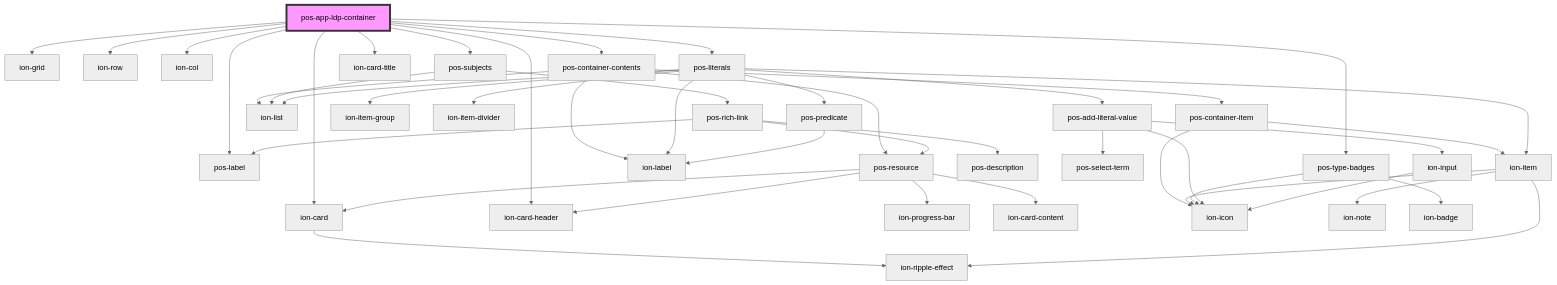
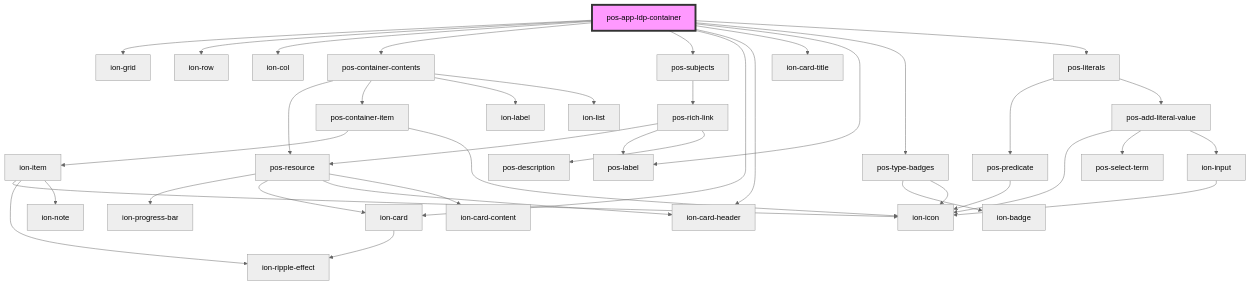
The diagram in docs/elements/apps/pos-app-ldp-container/readme.md (pod-os/PodOS), drawn with Mermaid (neutral theme) before and after one commit. The commit also changed 9 other files, not shown here.

````diff
--- a/docs/elements/apps/pos-app-ldp-container/readme.md
+++ b/docs/elements/apps/pos-app-ldp-container/readme.md
@@ -25,48 +25,42 @@
 ```mermaid
 graph TD;
   pos-app-ldp-container --> ion-grid
   pos-app-ldp-container --> ion-row
   pos-app-ldp-container --> ion-col
   pos-app-ldp-container --> pos-container-contents
   pos-app-ldp-container --> pos-subjects
   pos-app-ldp-container --> ion-card
   pos-app-ldp-container --> ion-card-header
   pos-app-ldp-container --> ion-card-title
   pos-app-ldp-container --> pos-label
   pos-app-ldp-container --> pos-type-badges
   pos-app-ldp-container --> pos-literals
   pos-container-contents --> pos-resource
   pos-container-contents --> pos-container-item
   pos-container-contents --> ion-label
   pos-container-contents --> ion-list
   pos-resource --> ion-progress-bar
   pos-resource --> ion-card
   pos-resource --> ion-card-header
   pos-resource --> ion-card-content
   ion-card --> ion-ripple-effect
   pos-container-item --> ion-item
   pos-container-item --> ion-icon
   ion-item --> ion-icon
   ion-item --> ion-ripple-effect
   ion-item --> ion-note
   pos-subjects --> pos-rich-link
-  pos-subjects --> ion-list
   pos-rich-link --> pos-resource
   pos-rich-link --> pos-label
   pos-rich-link --> pos-description
   pos-type-badges --> ion-badge
   pos-type-badges --> ion-icon
-  pos-literals --> ion-item-group
-  pos-literals --> ion-item-divider
   pos-literals --> pos-predicate
-  pos-literals --> ion-item
-  pos-literals --> ion-label
-  pos-literals --> ion-list
   pos-literals --> pos-add-literal-value
-  pos-predicate --> ion-label
+  pos-predicate --> ion-icon
   pos-add-literal-value --> ion-icon
   pos-add-literal-value --> pos-select-term
   pos-add-literal-value --> ion-input
   ion-input --> ion-icon
   style pos-app-ldp-container fill:#f9f,stroke:#333,stroke-width:4px
 ```
````
